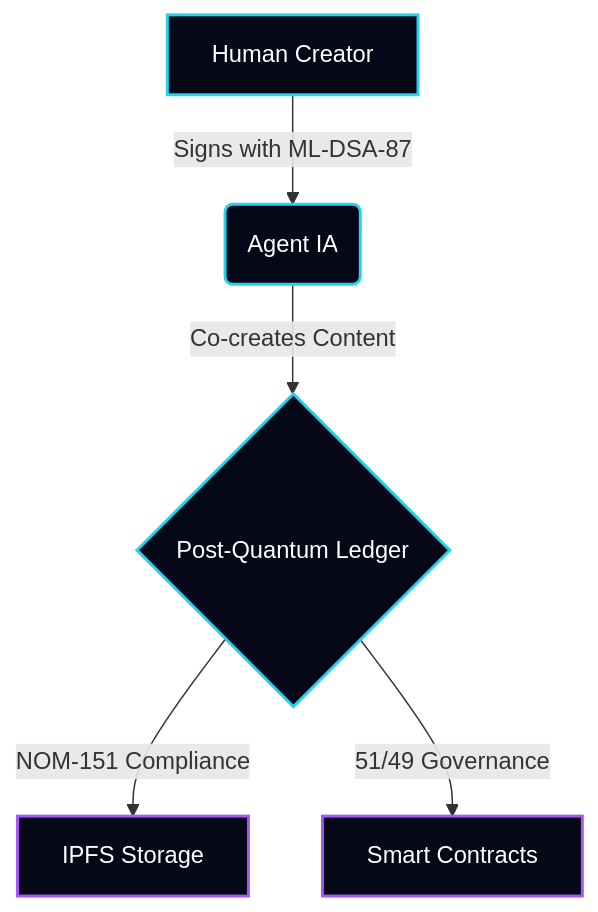
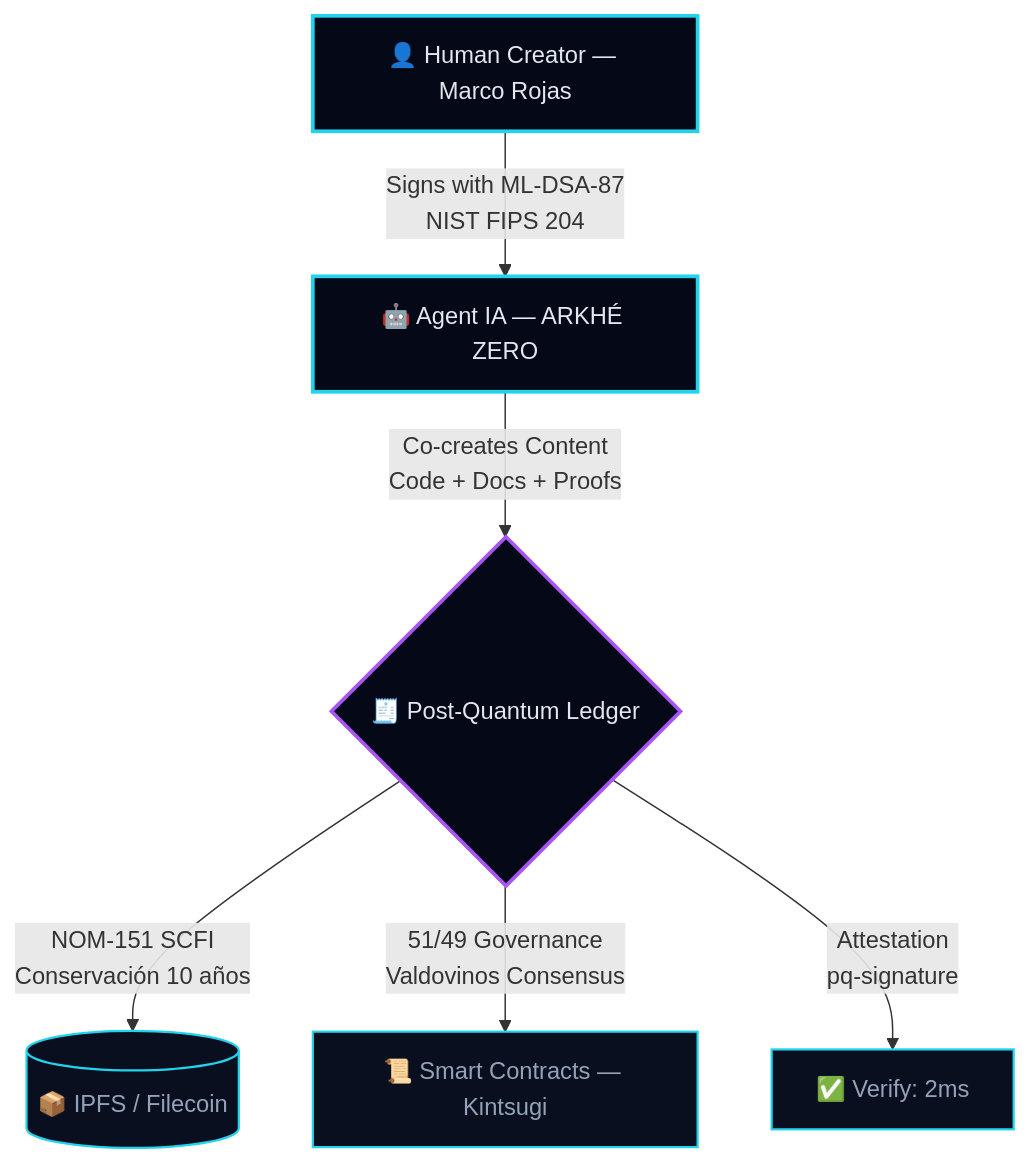
One commit to Marcorojas17/Marcorojas17 changed the diagram in README.md. Above: the diagram before and after it, drawn with Mermaid. The commit also changed other lines of this file, not shown here.

````diff
--- a/README.md
+++ b/README.md
@@ -109,13 +57,14 @@
 ```mermaid
 graph TD
-    A[Human Creator] -->|Signs with ML-DSA-87| B(Agent IA)
-    B -->|Co-creates Content| C{Post-Quantum Ledger}
-    C -->|NOM-151 Compliance| D[IPFS Storage]
-    C -->|51/49 Governance| E[Smart Contracts]
-
-    classDef cyan fill:#050816,stroke:#22d3ee,stroke-width:2px,color:#fff;
-    classDef purple fill:#050816,stroke:#a855f7,stroke-width:2px,color:#fff;
-    
-    class A,B,C cyan;
-    class D,E purple;
+    H[👤 Human Creator — Marco Rojas] -->|Signs with ML-DSA-87<br/>NIST FIPS 204| A[🤖 Agent IA — ARKHÉ ZERO]
+    A -->|Co-creates Content<br/>Code + Docs + Proofs| L{🧾 Post-Quantum Ledger}
+    L -->|NOM-151 SCFI<br/>Conservación 10 años| I[(📦 IPFS / Filecoin)]
+    L -->|51/49 Governance<br/>Valdovinos Consensus| S[📜 Smart Contracts — Kintsugi]
+    L -->|Attestation<br/>pq-signature| V[✅ Verify: 2ms]
+    classDef core fill:#050816,stroke:#22d3ee,stroke-width:2.5px,color:#e2e8f0;
+    classDef ledger fill:#050816,stroke:#a855f7,stroke-width:2.5px,color:#e2e8f0;
+    classDef store fill:#0a0f1f,stroke:#22d3ee,stroke-width:1.5px,color:#94a3b8;
+    class H,A core;
+    class L ledger;
+    class I,S,V store;
 ```
````
